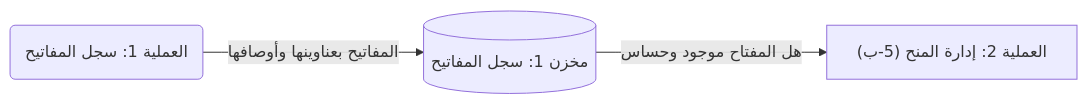
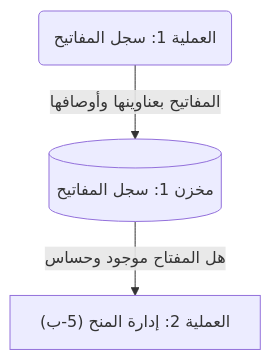
Before and after one commit to Bassam-mohammed-alqaeadi/family-os-v2: diagram 26 of 39 in docs/family-os/governance/phases/phase-1/S1-03-family-roles-and-permissions/DIAGRAMS.md, drawn with Mermaid. The commit also changed other lines of this file, not shown here.

````diff
--- a/docs/family-os/governance/phases/phase-1/S1-03-family-roles-and-permissions/DIAGRAMS.md
+++ b/docs/family-os/governance/phases/phase-1/S1-03-family-roles-and-permissions/DIAGRAMS.md
@@ -1024,9 +1026,9 @@
 ```mermaid
-flowchart LR
+flowchart TD
     P1(العملية 1: سجل المفاتيح)
     D1[(مخزن 1: سجل المفاتيح)]
     P2x["العملية 2: إدارة المنح (5-ب)"]
 
     P1 -->|المفاتيح بعناوينها وأوصافها| D1
     D1 -->|هل المفتاح موجود وحساس| P2x
 ```
````
